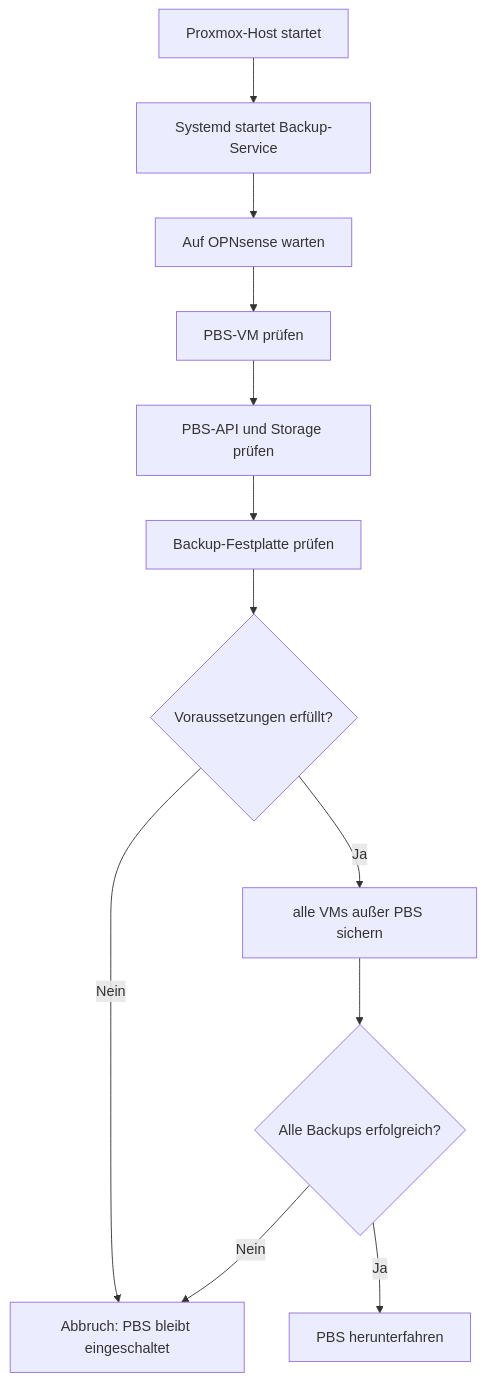
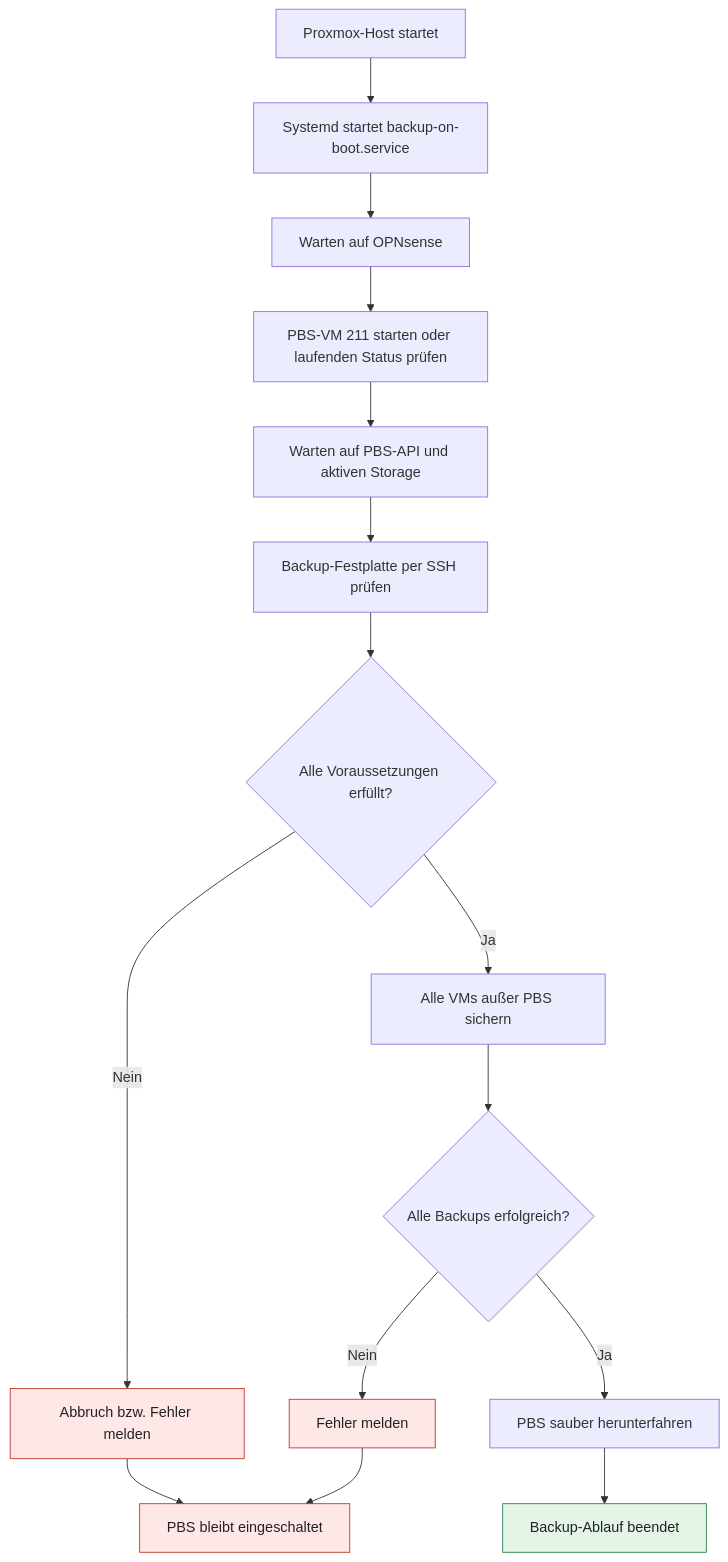
One commit to kirilov-b/home.lab changed the diagram in Dokumentation/Proxmox-Backup-Server.md. Above: the diagram before and after it, drawn with Mermaid. The commit also changed other lines of this file, not shown here.

Commit message:
Revise backup process flowchart and script details
Updated the logical flowchart for the backup process, improving clarity on the steps taken during the backup operation. Adjusted the description of the backup script and the conditions for shutting down PBS.

````diff
--- a/Dokumentation/Proxmox-Backup-Server.md
+++ b/Dokumentation/Proxmox-Backup-Server.md
@@ -25,14 +24,26 @@
 ```mermaid
 flowchart TD
-    A["Proxmox-Host startet"] --> B["Systemd startet Backup-Service"]
-    B --> C["Auf OPNsense warten"]
-    C --> D["PBS-VM prüfen"]
-    D --> E["PBS-API und Storage prüfen"]
-    E --> F["Backup-Festplatte prüfen"]
-    F --> G{"Voraussetzungen erfüllt?"}
-    G -- Nein --> H["Abbruch: PBS bleibt eingeschaltet"]
-    G -- Ja --> I["alle VMs außer PBS sichern"]
-    I --> J{"Alle Backups erfolgreich?"}
-    J -- Nein --> H
-    J -- Ja --> K["PBS herunterfahren"]
+    A["Proxmox-Host startet"] --> B["Systemd startet backup-on-boot.service"]
+    B --> C["Warten auf OPNsense"]
+    C --> D["PBS-VM 211 starten oder laufenden Status prüfen"]
+    D --> E["Warten auf PBS-API und aktiven Storage"]
+    E --> F["Backup-Festplatte per SSH prüfen"]
+    F --> G{"Alle Voraussetzungen erfüllt?"}
+
+    G -- Nein --> H["Abbruch bzw. Fehler melden"]
+    H --> I["PBS bleibt eingeschaltet"]
+
+    G -- Ja --> J["Alle VMs außer PBS sichern"]
+    J --> K{"Alle Backups erfolgreich?"}
+
+    K -- Nein --> L["Fehler melden"]
+    L --> I
+
+    K -- Ja --> M["PBS sauber herunterfahren"]
+    M --> N["Backup-Ablauf beendet"]
+
+    classDef error fill:#fde8e7,stroke:#c0392b,color:#222
+    classDef success fill:#e4f5e8,stroke:#27834a,color:#222
+    class H,I,L error
+    class N success
 ```
````
